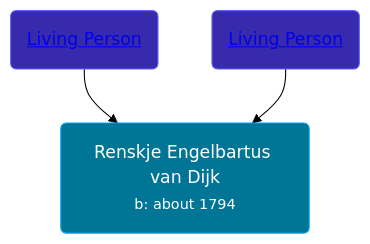
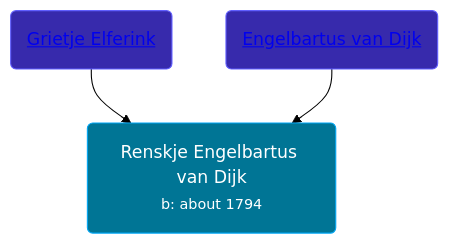
One commit to wpmgotkh/wpmgotkh.github.io changed the diagram in pages/people/3/31673342.md. Above: the diagram before and after it, drawn with Mermaid (forest theme). The commit also changed other lines of this file and 586 other files, not shown here.

Commit message:
feat: better shouldConsiderPersonLiving algo

````diff
--- a/pages/people/3/31673342.md
+++ b/pages/people/3/31673342.md
@@ -10,9 +10,9 @@
 ```mermaid
 graph
 classDef grands fill:#193cb8,stroke:#2b7fff,stroke-width:1px,color:#fff;
 classDef parents fill:#372aac,stroke:#615fff,stroke-width:1px,color:#fff;
 classDef primary fill:#007595,stroke:#00a6f4,stroke-width:1px,color:#fff;
 31673342(Renskje Engelbartus van Dijk<br /><small>b: about 1794</small>):::primary
-49062305(<a class="text-white" href="/people/4/49062305">Living Person</a>):::parents-->31673342
-81341914(<a class="text-white" href="/people/8/81341914">Living Person</a>):::parents-->31673342
+49062305(<a class="text-white" href="/people/4/49062305">Grietje Elferink</a>):::parents-->31673342
+81341914(<a class="text-white" href="/people/8/81341914">Engelbartus van Dijk</a>):::parents-->31673342
 ```
````
